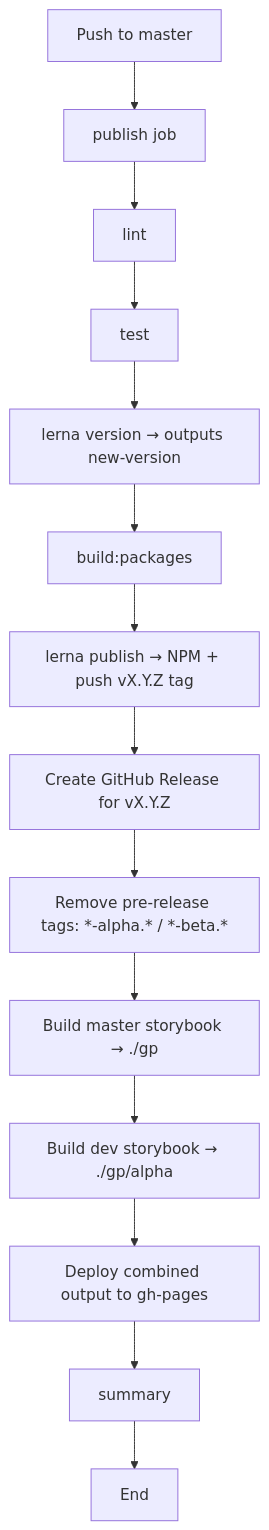
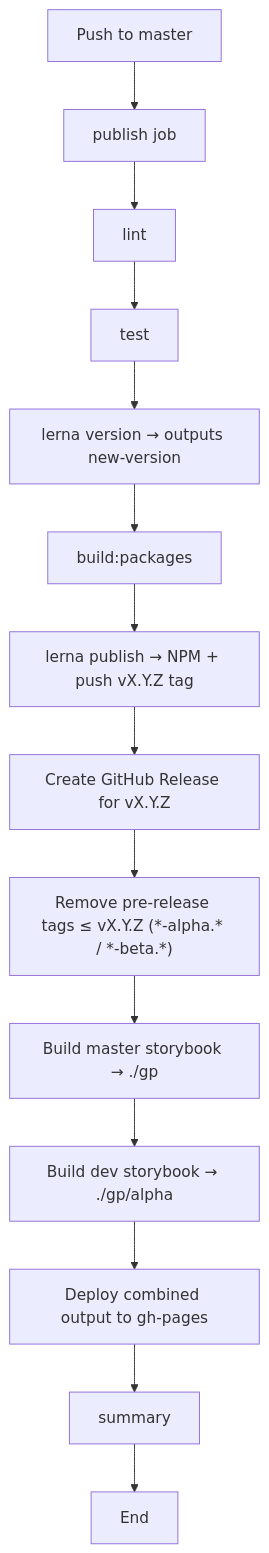
One commit to kelvininc/ui-components changed the third of 4 diagrams in .github/workflows/README.md. Above: the diagram before and after it, drawn with Mermaid. The commit also changed other lines of this file and 1 other file, not shown here.

First line of the commit message:
ci(release): bound pre-release tag cleanup to the released version

````diff
--- a/.github/workflows/README.md
+++ b/.github/workflows/README.md
@@ -83,16 +83,16 @@
 ```mermaid
 graph TD
     A[Push to master] --> B[publish job]
     B --> C[lint]
     C --> D[test]
     D --> E[lerna version → outputs new-version]
     E --> F[build:packages]
     F --> G[lerna publish → NPM + push vX.Y.Z tag]
     G --> H[Create GitHub Release for vX.Y.Z]
-    H --> I[Remove pre-release tags: *-alpha.* / *-beta.*]
+    H --> I["Remove pre-release tags &le; vX.Y.Z (*-alpha.* / *-beta.*)"]
     I --> J[Build master storybook → ./gp]
     J --> K[Build dev storybook → ./gp/alpha]
     K --> L[Deploy combined output to gh-pages]
     L --> M[summary]
     M --> N[End]
 ```
````
